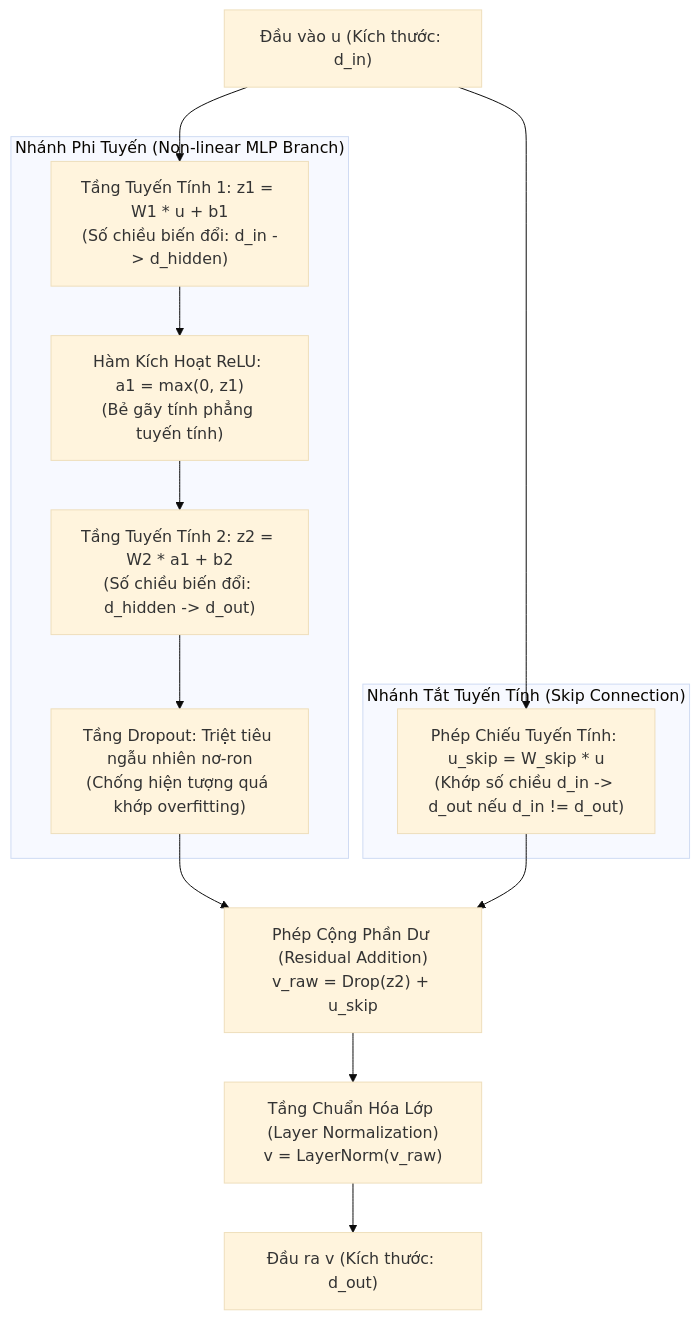
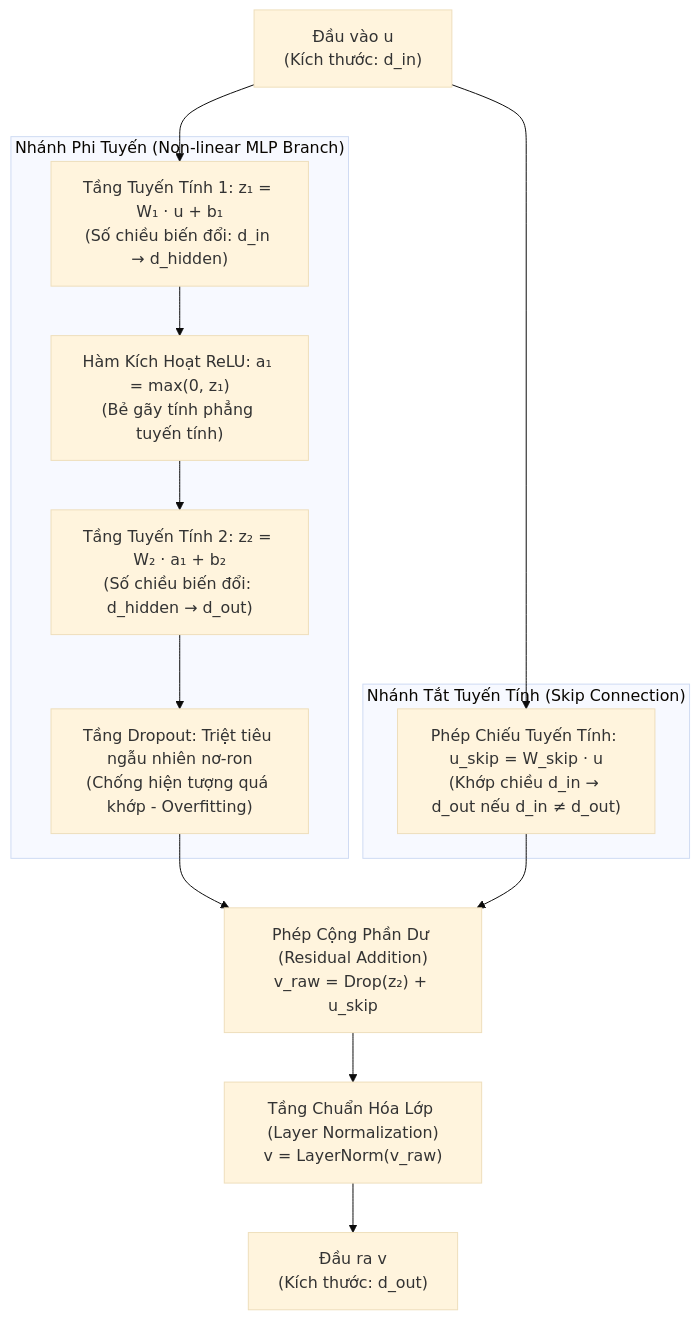
One commit to snowflake-vibing/Project-Experimental-TiDE changed the first of 2 diagrams in explanation/section_4_1_residual_block.md. Above: the diagram before and after it, drawn with Mermaid (base theme). The commit also changed other lines of this file, not shown here.

Commit message:
docs(explanation): improve formatting, LaTeX math, mermaid diagrams, and comparisons in section_4_1_residual_block.md

````diff
--- a/explanation/section_4_1_residual_block.md
+++ b/explanation/section_4_1_residual_block.md
@@ -11,25 +13,26 @@
 ```mermaid
 flowchart TD
-    In["Đầu vào u (Kích thước: d_in)"]
+    In["Đầu vào u<br/>(Kích thước: d_in)"]
     
     subgraph NonLinearBranch ["Nhánh Phi Tuyến (Non-linear MLP Branch)"]
-        L1["Tầng Tuyến Tính 1: z1 = W1 * u + b1\n(Số chiều biến đổi: d_in -> d_hidden)"]
-        Act["Hàm Kích Hoạt ReLU: a1 = max(0, z1)\n(Bẻ gãy tính phẳng tuyến tính)"]
-        L2["Tầng Tuyến Tính 2: z2 = W2 * a1 + b2\n(Số chiều biến đổi: d_hidden -> d_out)"]
-        Drop["Tầng Dropout: Triệt tiêu ngẫu nhiên nơ-ron\n(Chống hiện tượng quá khớp overfitting)"]
+        L1["Tầng Tuyến Tính 1: z₁ = W₁ · u + b₁<br/>(Số chiều biến đổi: d_in → d_hidden)"]
+        Act["Hàm Kích Hoạt ReLU: a₁ = max(0, z₁)<br/>(Bẻ gãy tính phẳng tuyến tính)"]
+        L2["Tầng Tuyến Tính 2: z₂ = W₂ · a₁ + b₂<br/>(Số chiều biến đổi: d_hidden → d_out)"]
+        Drop["Tầng Dropout: Triệt tiêu ngẫu nhiên nơ-ron<br/>(Chống hiện tượng quá khớp - Overfitting)"]
+        
         L1 --> Act
         Act --> L2
         L2 --> Drop
     end
 
     subgraph LinearSkipBranch ["Nhánh Tắt Tuyến Tính (Skip Connection)"]
-        Skip["Phép Chiếu Tuyến Tính: u_skip = W_skip * u\n(Khớp số chiều d_in -> d_out nếu d_in != d_out)"]
+        Skip["Phép Chiếu Tuyến Tính: u_skip = W_skip · u<br/>(Khớp chiều d_in → d_out nếu d_in ≠ d_out)"]
     end
 
     In --> L1
     In --> Skip
-    Drop --> Add["Phép Cộng Phần Dư (Residual Addition)\nv_raw = Drop(z2) + u_skip"]
+    Drop --> Add["Phép Cộng Phần Dư (Residual Addition)<br/>v_raw = Drop(z₂) + u_skip"]
     Skip --> Add
-    Add --> LN["Tầng Chuẩn Hóa Lớp (Layer Normalization)\nv = LayerNorm(v_raw)"]
-    LN --> Out["Đầu ra v (Kích thước: d_out)"]
+    Add --> LN["Tầng Chuẩn Hóa Lớp (Layer Normalization)<br/>v = LayerNorm(v_raw)"]
+    LN --> Out["Đầu ra v<br/>(Kích thước: d_out)"]
 ```
````
